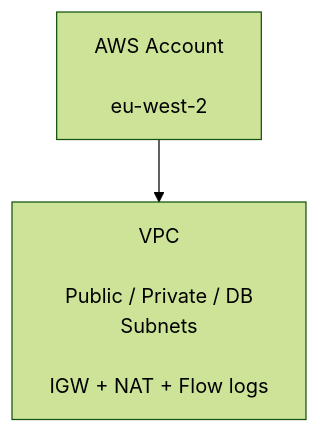
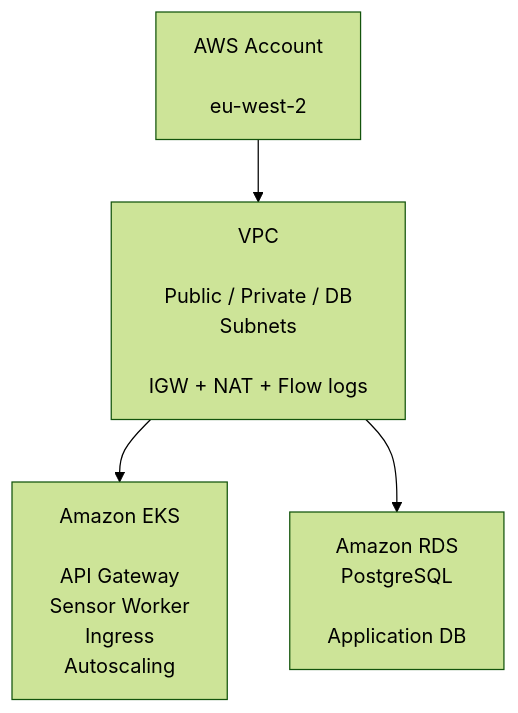
One commit to kenkaserebe/SmartCity changed the diagram in README.md. Above: the diagram before and after it, drawn with Mermaid (forest theme).

````diff
--- a/README.md
+++ b/README.md
@@ -18,7 +18,11 @@
 ```mermaid
 flowchart TD
     A["AWS Account<br/><br/>eu-west-2"]
     B["VPC<br/><br/>Public / Private / DB<br/>Subnets<br/><br/>IGW + NAT + Flow logs"]
+    C["Amazon EKS<br/><br/>API Gateway<br/>Sensor Worker<br/>Ingress<br/>Autoscaling"]
+    D["Amazon RDS<br/>PostgreSQL<br/><br/>Application DB"]
 
     A --> B
+    B --> C
+    B --> D
 ```
````
